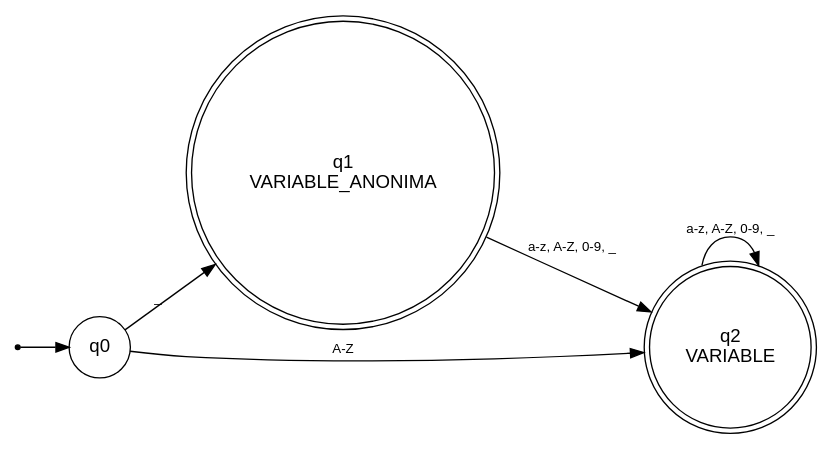
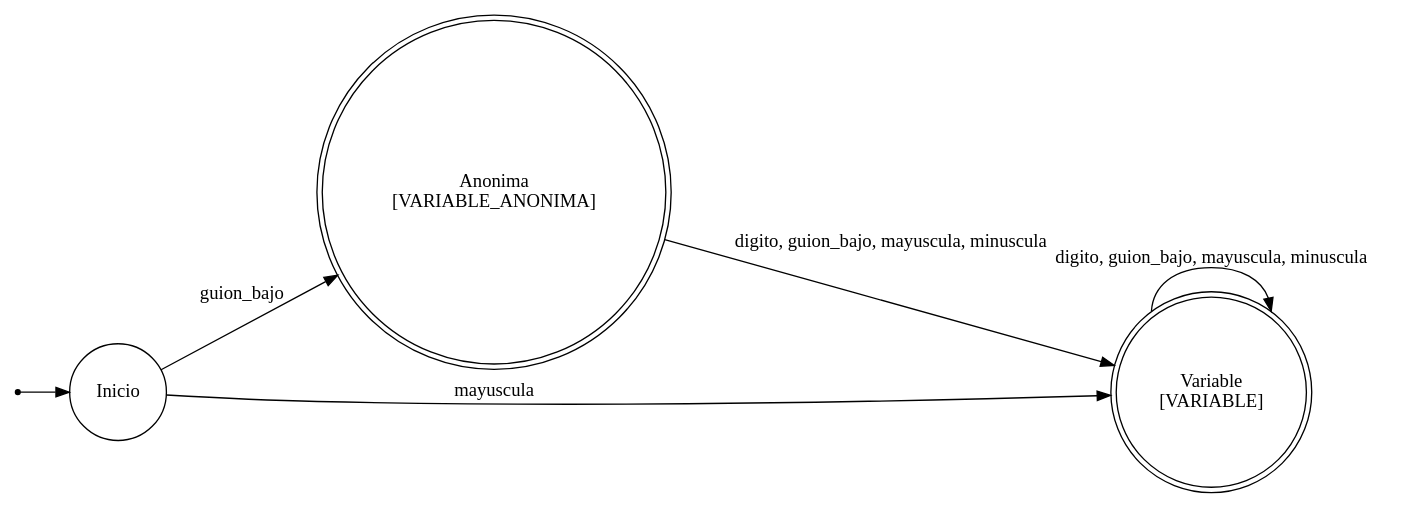
One commit to Insert-name-115/Tarea-de-teoria-de-computacion changed the diagram in docs/automatas/variable.dot. Above: the diagram before and after it, drawn with Graphviz. The commit also changed 19 other files, not shown here.

```diff
--- a/docs/automatas/variable.dot
+++ b/docs/automatas/variable.dot
@@ -1,13 +1,12 @@
-digraph "VARIABLE" {
-  rankdir=LR;
-  node [fontname="Helvetica"]; edge [fontname="Helvetica", fontsize=10];
-  inicio [shape=point, label=""];
-  q0 [shape=circle];
-  q1 [shape=doublecircle, label="q1\nVARIABLE_ANONIMA"];
-  q2 [shape=doublecircle, label="q2\nVARIABLE"];
-  inicio -> q0;
-  q0 -> q1 [label="_"];
-  q0 -> q2 [label="A-Z"];
-  q1 -> q2 [label="a-z, A-Z, 0-9, _"];
-  q2 -> q2 [label="a-z, A-Z, 0-9, _"];
+digraph VARIABLE {
+	rankdir=LR
+	"" [shape=point]
+	Anonima [label="Anonima\n[VARIABLE_ANONIMA]" penwidth=1 shape=doublecircle]
+	Inicio [label=Inicio penwidth=1 shape=circle]
+	Variable [label="Variable\n[VARIABLE]" penwidth=1 shape=doublecircle]
+	"" -> Inicio
+	Inicio -> Anonima [label=guion_bajo]
+	Inicio -> Variable [label=mayuscula]
+	Anonima -> Variable [label="digito, guion_bajo, mayuscula, minuscula"]
+	Variable -> Variable [label="digito, guion_bajo, mayuscula, minuscula"]
 }
```
